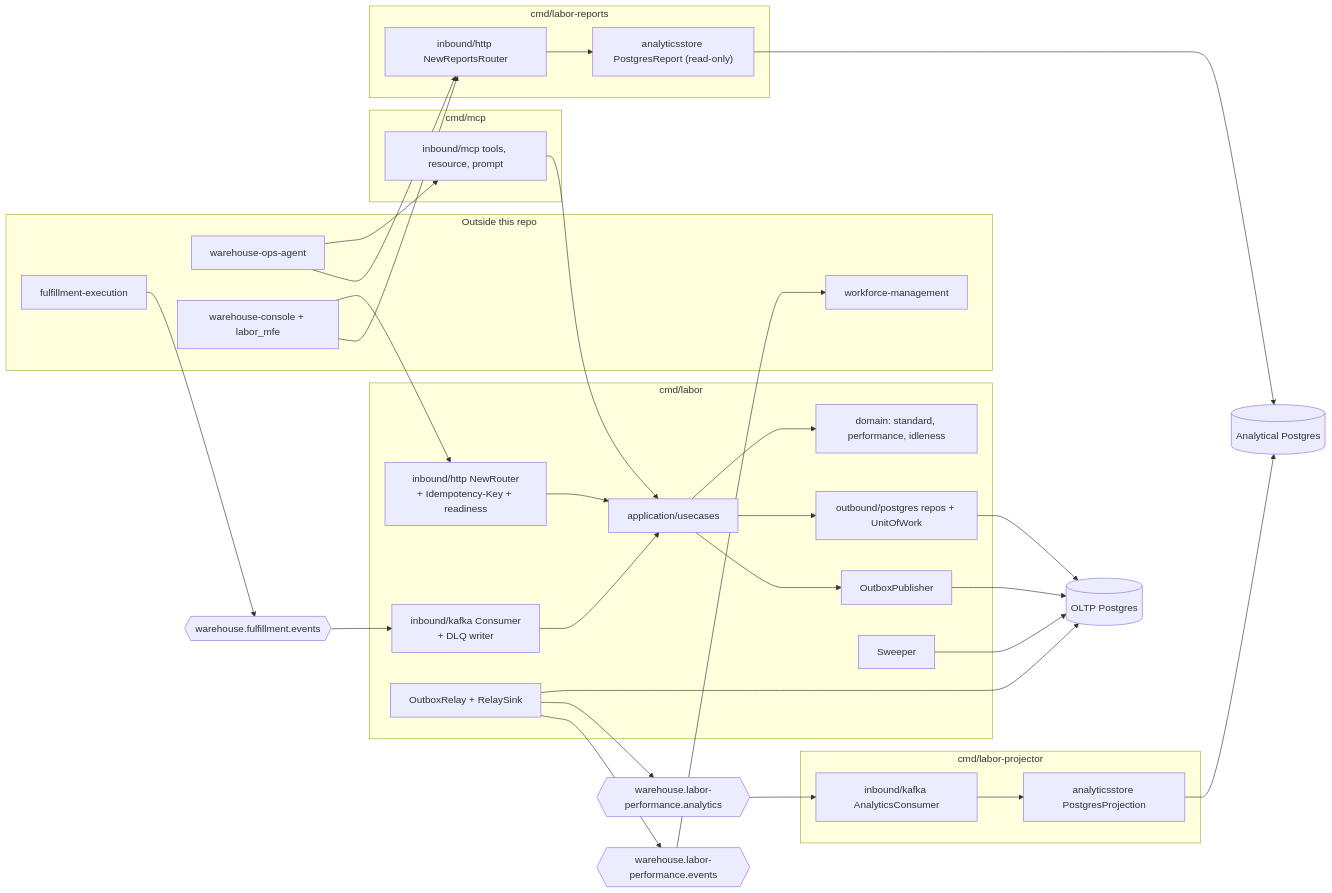
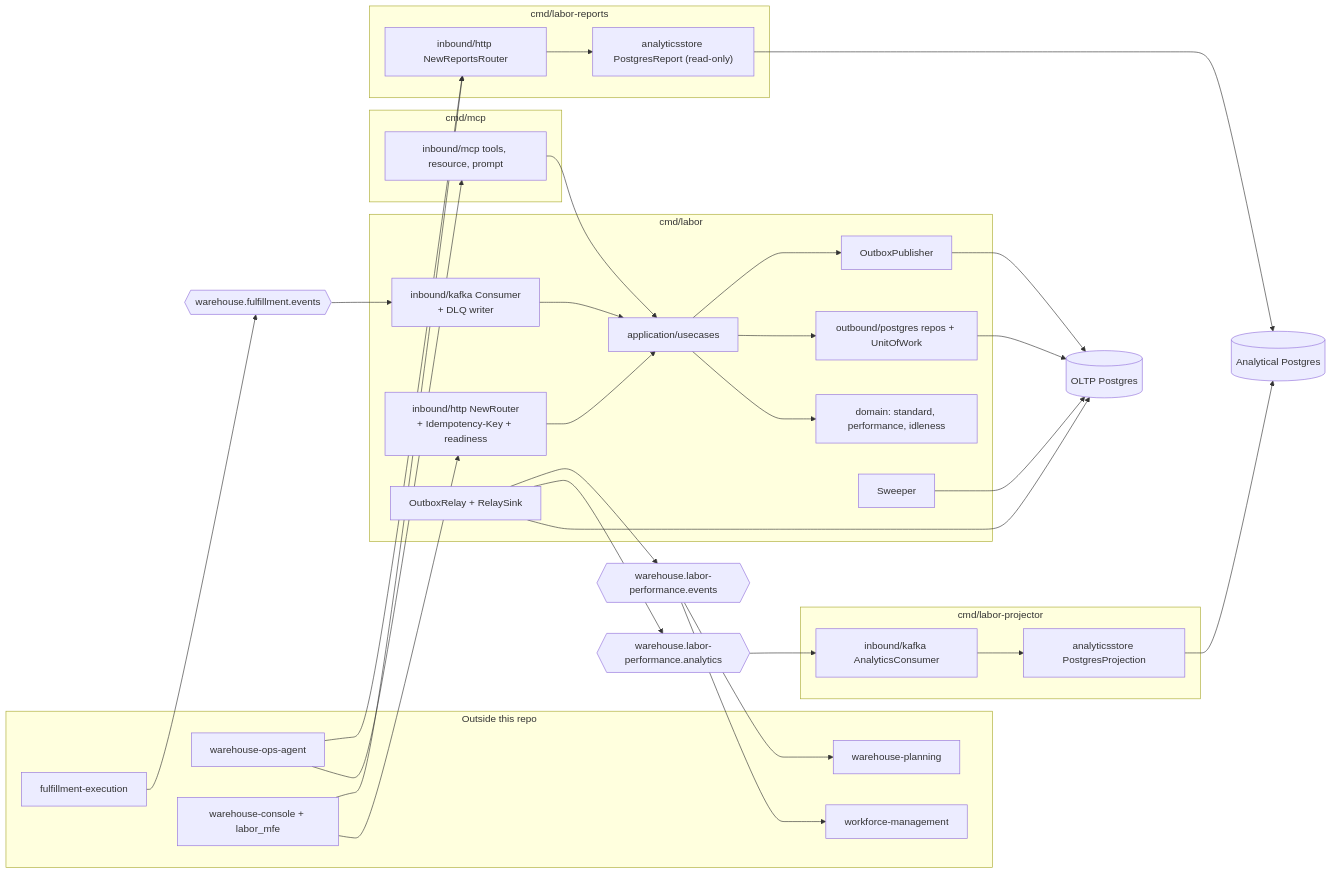
Before and after one commit to IQVO/labor-performance: the first of 2 diagrams in docs/docs/overview/architecture.md, drawn with Mermaid. The commit also changed 22 other files, not shown here.

````diff
--- a/docs/docs/overview/architecture.md
+++ b/docs/docs/overview/architecture.md
@@ -59,56 +59,58 @@
 ```mermaid
 flowchart LR
   subgraph ext["Outside this repo"]
     FEX["fulfillment-execution"]
     WFM["workforce-management"]
+    WP["warehouse-planning"]
     OPS["warehouse-ops-agent"]
     CON["warehouse-console + labor_mfe"]
   end
 
   subgraph labor["cmd/labor"]
     HTTP["inbound/http NewRouter<br/>+ Idempotency-Key + readiness"]
     KC["inbound/kafka Consumer<br/>+ DLQ writer"]
     UC["application/usecases"]
     DOM["domain: standard, performance, idleness"]
     REPO["outbound/postgres repos + UnitOfWork"]
     OBX["OutboxPublisher"]
     REL["OutboxRelay + RelaySink"]
     SWP["Sweeper"]
   end
 
   subgraph mcpbin["cmd/mcp"]
     MCPA["inbound/mcp tools, resource, prompt"]
   end
 
   subgraph proj["cmd/labor-projector"]
     AC["inbound/kafka AnalyticsConsumer"]
     PRJ["analyticsstore PostgresProjection"]
   end
 
   subgraph rep["cmd/labor-reports"]
     RR["inbound/http NewReportsRouter"]
     PR["analyticsstore PostgresReport (read-only)"]
   end
 
   OLTP[("OLTP Postgres")]
   ANA[("Analytical Postgres")]
   TFE{{"warehouse.fulfillment.events"}}
   TAN{{"warehouse.labor-performance.analytics"}}
   TEV{{"warehouse.labor-performance.events"}}
 
   FEX --> TFE --> KC --> UC
   CON --> HTTP --> UC
   UC --> DOM
   UC --> REPO --> OLTP
   UC --> OBX --> OLTP
   REL --> OLTP
   REL --> TAN
   REL --> TEV
   SWP --> OLTP
   TEV --> WFM
+  TEV --> WP
   OPS --> MCPA --> UC
   TAN --> AC --> PRJ --> ANA
   OPS --> RR
   CON --> RR
   RR --> PR --> ANA
 ```
````
